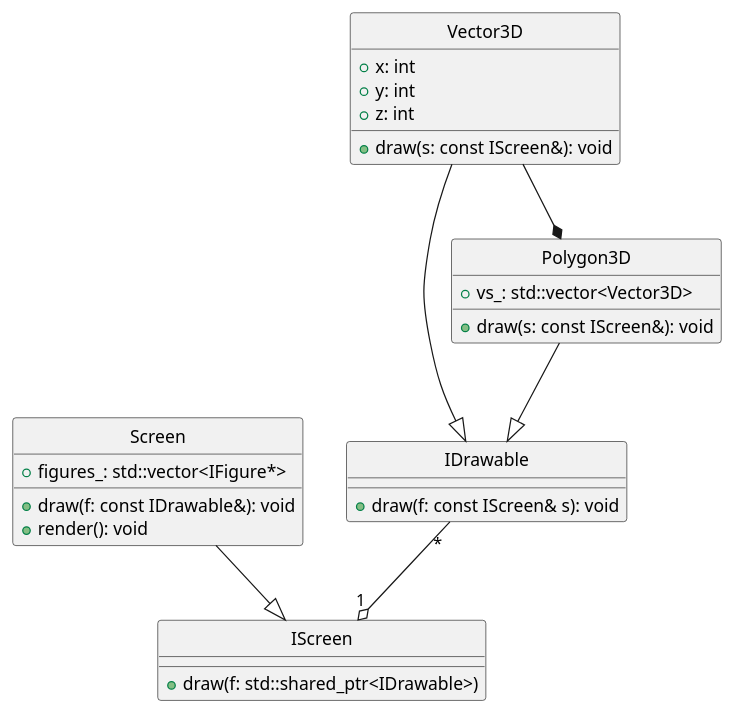
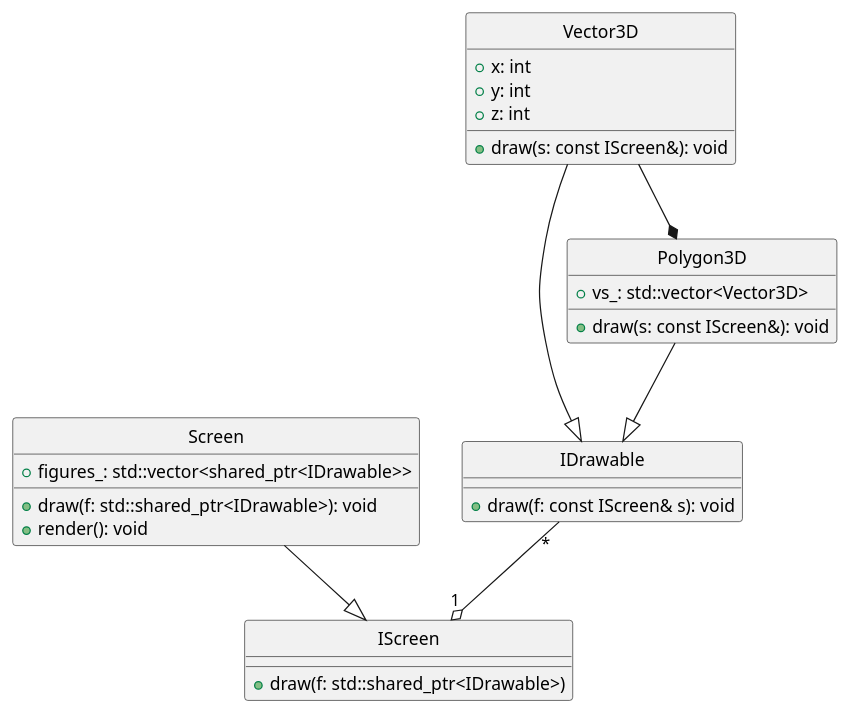
The ninth of 10 diagrams in Areas/CPP/Лекции/Lecture 9. Принципы ООП.md (MornaMeoi/notes), drawn with PlantUML before and after one commit. The commit also changed other lines of this file, not shown here.

Commit message:
vault backup: 2026-07-13 17:10:37

````diff
--- a/Areas/CPP/Лекции/Lecture 9. Принципы ООП.md
+++ b/Areas/CPP/Лекции/Lecture 9. Принципы ООП.md
@@ -514,35 +514,35 @@
 ```plantuml
 @startuml
 
 hide circle
 
 class IDrawable {
 	+draw(f: const IScreen& s): void
 }
 class Vector3D {
 	+x: int
 	+y: int
 	+z: int
 	+draw(s: const IScreen&): void
 }
 class Polygon3D {
 	+vs_: std::vector<Vector3D>
 	+draw(s: const IScreen&): void
 }
 class IScreen {
 	+draw(f: std::shared_ptr<IDrawable>)
 }
 class Screen {
-	+figures_: std::vector<IFigure*>
-	+draw(f: const IDrawable&): void
+	+figures_: std::vector<shared_ptr<IDrawable>>
+	+draw(f: std::shared_ptr<IDrawable>): void
 	+render(): void
 }
 
 Vector3D --|> IDrawable
 Polygon3D --|> IDrawable
 Vector3D --* Polygon3D
 IDrawable "*" --o "1" IScreen
 Screen --|> IScreen
 
 @enduml
 ```
````
